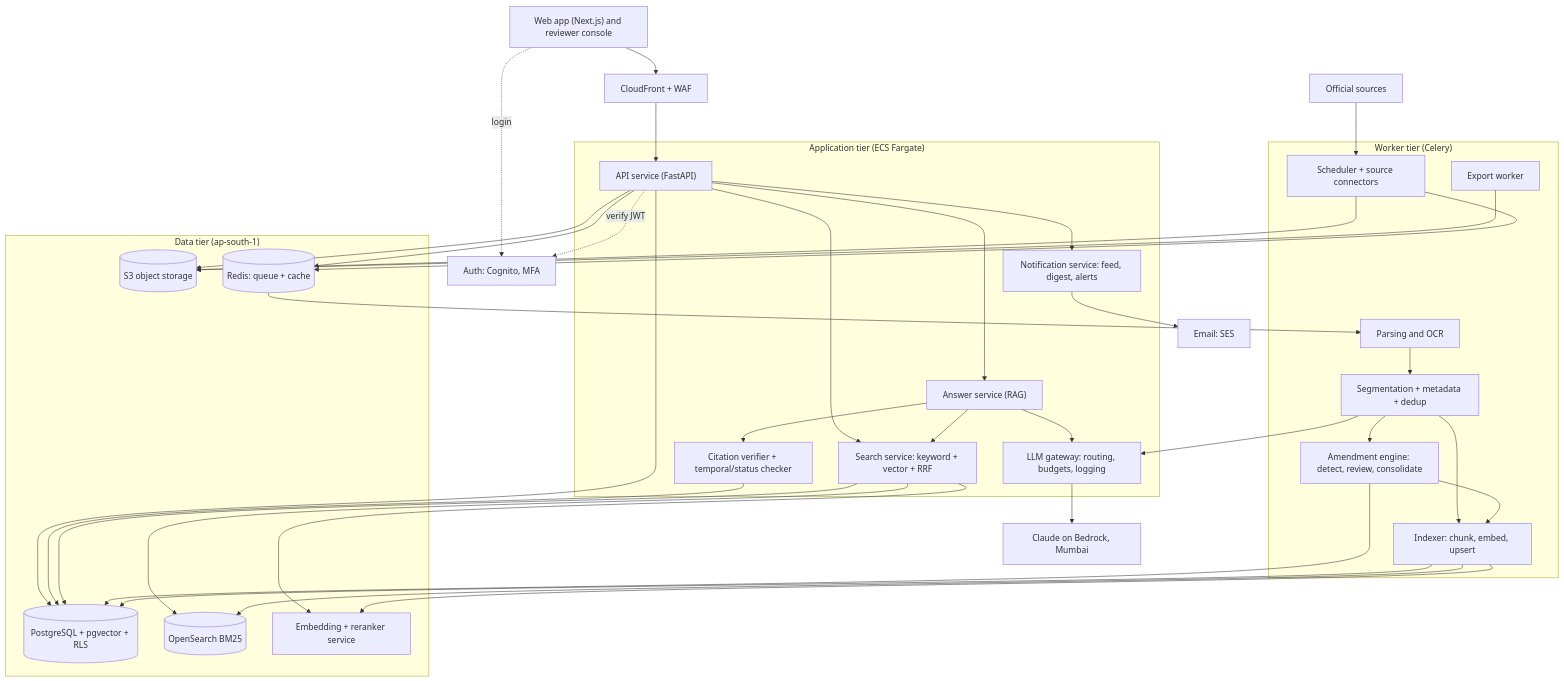
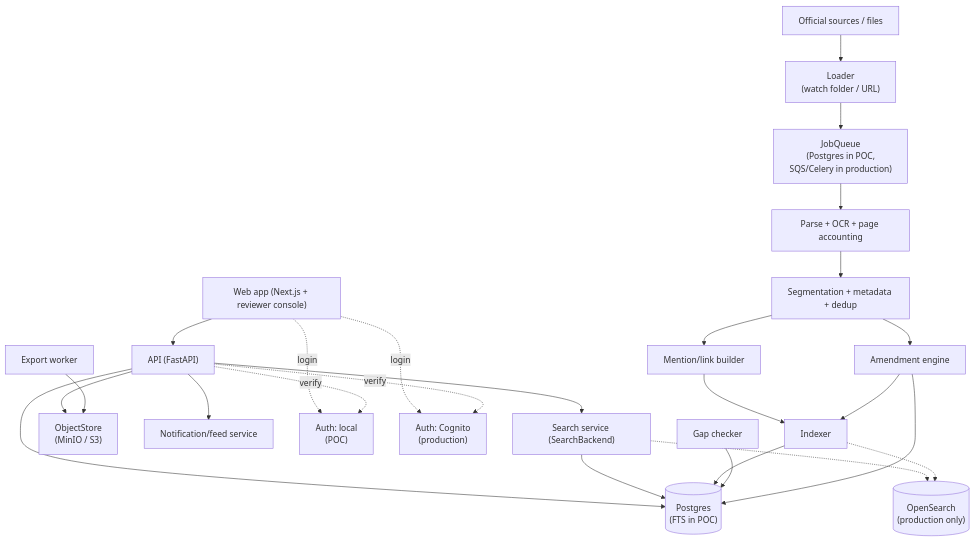
One commit to pavankmys/TaxResearch changed the first of 2 diagrams in TSD.md. Above: the diagram before and after it, drawn with Mermaid. The commit also changed other lines of this file and 1 other file, not shown here.

First line of the commit message:
Re-scope FSD and TSD to v0.2: non-LLM research repository, POC first

````diff
--- a/TSD.md
+++ b/TSD.md
@@ -39,50 +48,50 @@
 ```mermaid
 flowchart TB
-  WEB["Web app (Next.js) and reviewer console"] --> CDN["CloudFront + WAF"] --> API
-  WEB -. login .-> AUTH["Auth: Cognito, MFA"]
-  API -. verify JWT .-> AUTH
-
-  subgraph App["Application tier (ECS Fargate)"]
-    API["API service (FastAPI)"]
-    SEARCH["Search service: keyword + vector + RRF"]
-    RAG["Answer service (RAG)"]
-    CITE["Citation verifier + temporal/status checker"]
-    LLMGW["LLM gateway: routing, budgets, logging"]
-    NOTIF["Notification service: feed, digest, alerts"]
-  end
-
-  subgraph Workers["Worker tier (Celery)"]
-    FETCH["Scheduler + source connectors"]
-    PARSE["Parsing and OCR"]
-    SEG["Segmentation + metadata + dedup"]
-    AMEND["Amendment engine: detect, review, consolidate"]
-    INDEX["Indexer: chunk, embed, upsert"]
-    EXPORT["Export worker"]
-  end
-
-  subgraph Data["Data tier (ap-south-1)"]
-    PG[("PostgreSQL + pgvector + RLS")]
-    OS[("OpenSearch BM25")]
-    S3[("S3 object storage")]
-    REDIS[("Redis: queue + cache")]
-    EMB["Embedding + reranker service"]
-  end
-
-  SRC["Official sources"] --> FETCH
-  BEDROCK["Claude on Bedrock, Mumbai"]
-  SES["Email: SES"]
-
-  API --> SEARCH & RAG & PG & REDIS & S3 & NOTIF
-  RAG --> SEARCH & CITE & LLMGW
-  LLMGW --> BEDROCK
-  CITE --> PG
-  SEARCH --> OS & PG & EMB
-  NOTIF --> SES
-  FETCH --> S3 & REDIS
-  REDIS --> PARSE --> SEG --> AMEND
-  SEG --> LLMGW
-  SEG & AMEND --> INDEX
+  WEB["Web app (Next.js + reviewer console)"]
+  API["API (FastAPI)"]
+  SEARCH["Search service (SearchBackend)"]
+  PG[("Postgres<br/>(FTS in POC)")]
+  OS[("OpenSearch<br/>(production only)")]
+  STORE["ObjectStore<br/>(MinIO / S3)"]
+  NOTIF["Notification/feed service"]
+  
+  AUTH_LOCAL["Auth: local<br/>(POC)"]
+  AUTH_PROD["Auth: Cognito<br/>(production)"]
+  
+  LOADER["Loader<br/>(watch folder / URL)"]
+  PARSE["Parse + OCR + page accounting"]
+  SEG["Segmentation + metadata + dedup"]
+  MENTION["Mention/link builder"]
+  AMEND["Amendment engine"]
+  INDEXER["Indexer"]
+  GAP["Gap checker"]
+  EXPORT["Export worker"]
+  
+  QUEUE["JobQueue<br/>(Postgres in POC,<br/>SQS/Celery in production)"]
+  
+  SRC["Official sources / files"]
+  
+  WEB --> API
+  WEB -. login .-> AUTH_LOCAL
+  WEB -. login .-> AUTH_PROD
+  API -. verify .-> AUTH_LOCAL
+  API -. verify .-> AUTH_PROD
+  
+  API --> SEARCH & PG & STORE & NOTIF
+  SEARCH --> PG
+  SEARCH -.-> OS
+  
+  SRC --> LOADER
+  LOADER --> QUEUE
+  QUEUE --> PARSE
+  PARSE --> SEG
+  SEG --> MENTION
+  SEG --> AMEND
+  MENTION --> INDEXER
+  AMEND --> INDEXER
+  INDEXER --> PG
+  INDEXER -.-> OS
+  GAP --> PG
+  EXPORT --> STORE
   AMEND --> PG
-  INDEX --> EMB & OS & PG
-  EXPORT --> S3
 ```
````
